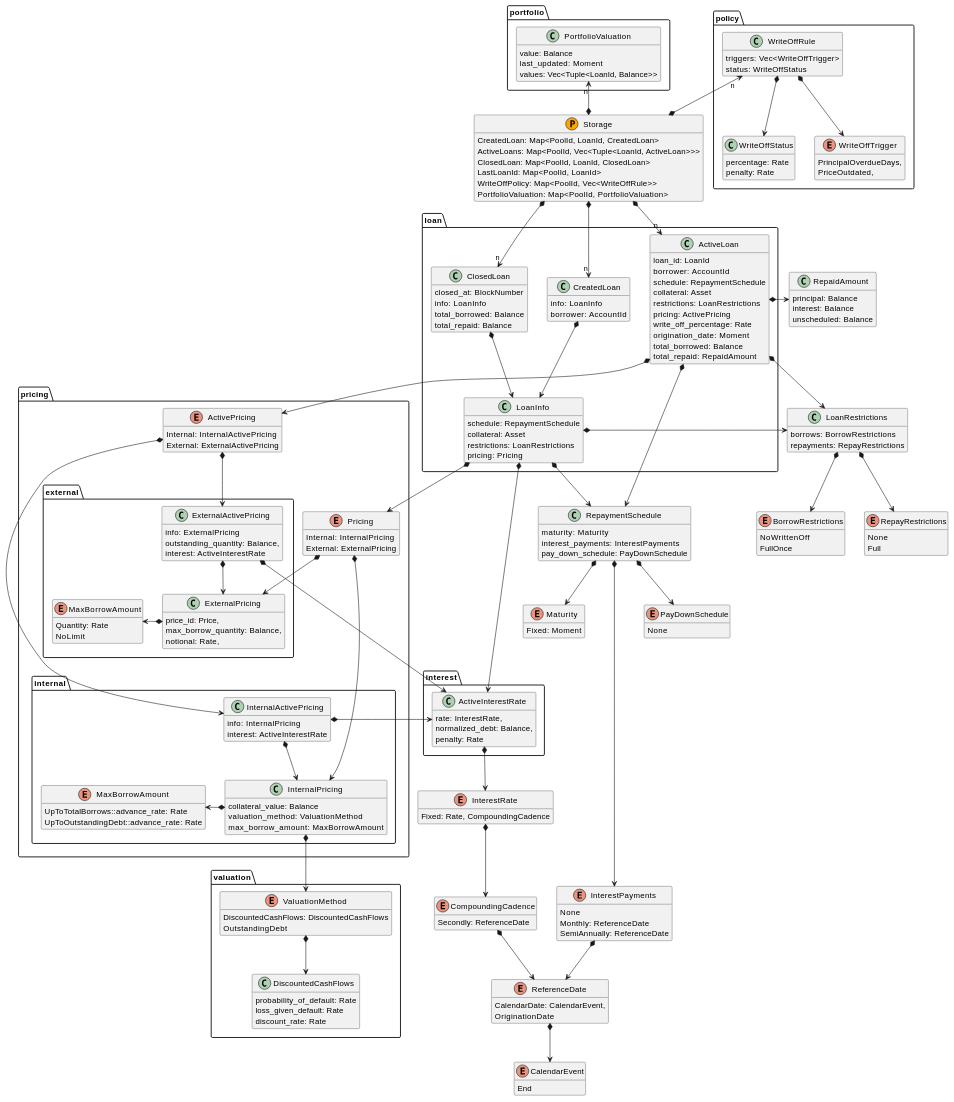
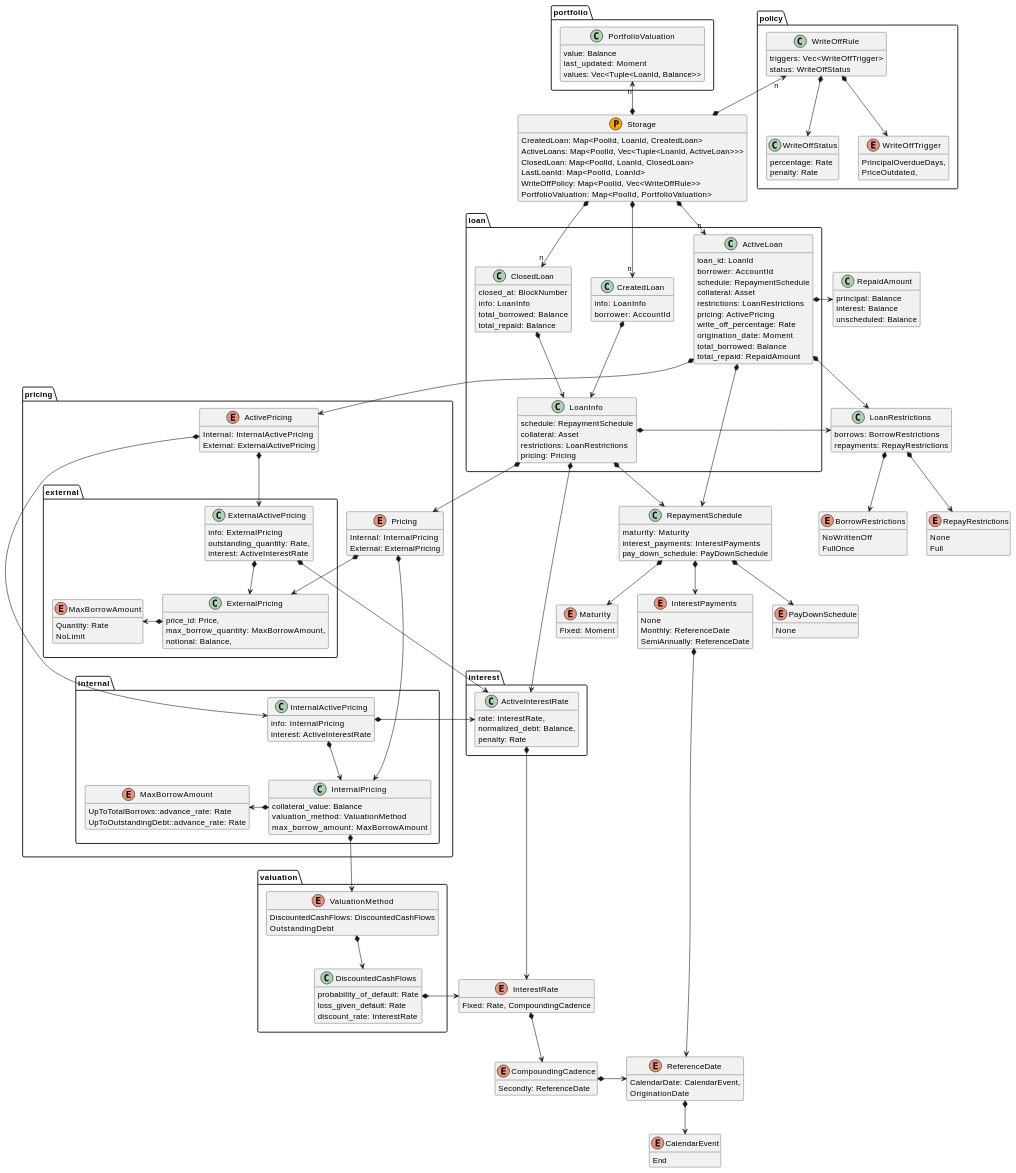
One commit to centrifuge/centrifuge-chain changed the diagram in pallets/loans/docs/types.md. Above: the diagram before and after it, drawn with PlantUML.

Commit message:
update diagram

```diff
--- a/pallets/loans/docs/types.md
+++ b/pallets/loans/docs/types.md
@@ -25,7 +25,7 @@
     SemiAnnually: ReferenceDate
 }
 
-InterestPayments *--> ReferenceDate
+InterestPayments *-----> ReferenceDate
 
 enum PayDownSchedule {
     None
@@ -39,7 +39,7 @@
 
 RepaymentSchedule *--> Maturity
 RepaymentSchedule *--> PayDownSchedule
-RepaymentSchedule *-----> InterestPayments
+RepaymentSchedule *--> InterestPayments
 
 enum BorrowRestrictions {
     NoWrittenOff
@@ -63,7 +63,7 @@
     Secondly: ReferenceDate
 }
 
-CompoundingCadence *--> ReferenceDate
+CompoundingCadence *-r-> ReferenceDate
 
 enum InterestRate {
     Fixed: Rate, CompoundingCadence
@@ -89,15 +89,17 @@
     class DiscountedCashFlows {
         probability_of_default: Rate
         loss_given_default: Rate
-        discount_rate: Rate
+        discount_rate: InterestRate
     }
 
-    ValuationMethod *--> DiscountedCashFlows
+    DiscountedCashFlows *-r-> InterestRate
 
     enum ValuationMethod {
         DiscountedCashFlows: DiscountedCashFlows
         OutstandingDebt
     }
+
+    ValuationMethod *--> DiscountedCashFlows
 }
 
 package policy {
@@ -163,15 +165,15 @@
 
         class ExternalPricing {
             price_id: Price,
-            max_borrow_quantity: Balance,
-            notional: Rate,
+            max_borrow_quantity: MaxBorrowAmount,
+            notional: Balance,
         }
 
         ExternalPricing *-l-> MaxBorrowAmount
 
         class ExternalActivePricing {
             info: ExternalPricing
-            outstanding_quantity: Balance,
+            outstanding_quantity: Rate,
             interest: ActiveInterestRate
         }
 
```
